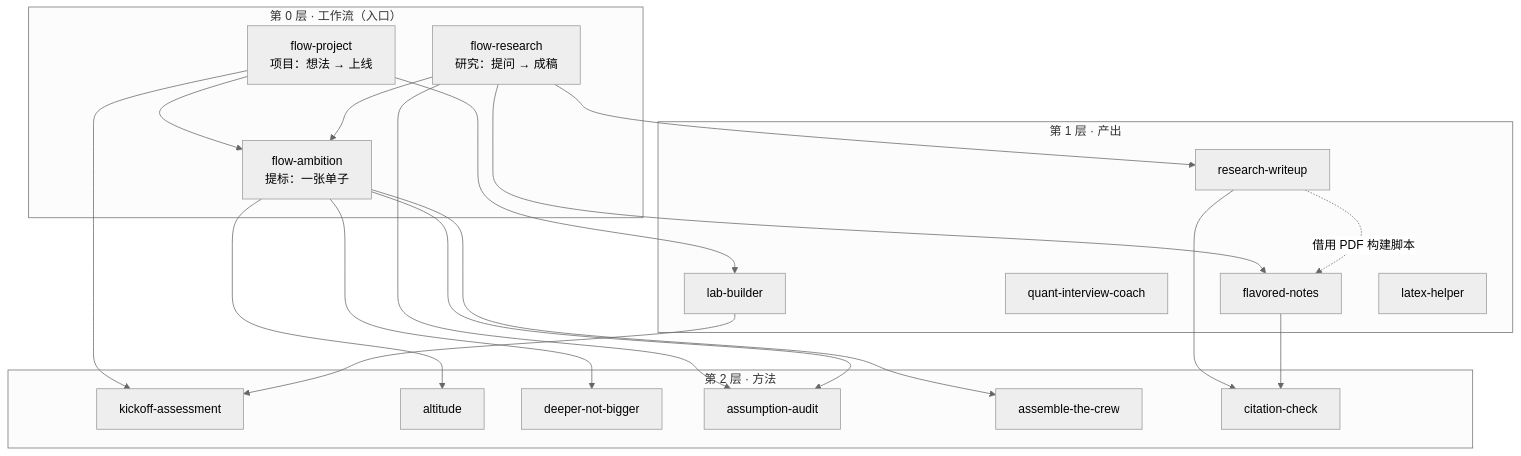
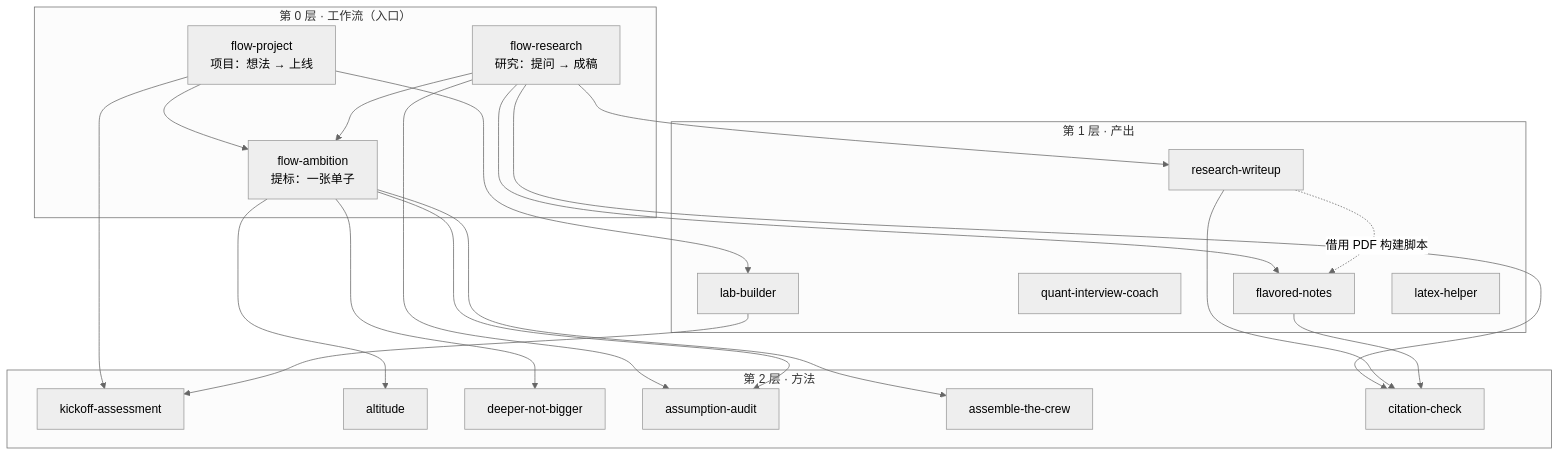
The diagram in _skills/README.md (ZechenBian/ZechenBian.github.io), drawn with Mermaid (neutral theme) before and after one commit. The commit also changed other lines of this file and 8 other files, not shown here.

````diff
--- a/_skills/README.md
+++ b/_skills/README.md
@@ -15,40 +15,41 @@
 ```mermaid
 flowchart TB
   subgraph L0["第 0 层 · 工作流（入口）"]
     FP["flow-project<br/>项目：想法 → 上线"]
     FR["flow-research<br/>研究：提问 → 成稿"]
     FA["flow-ambition<br/>提标：一张单子"]
   end
   subgraph L1["第 1 层 · 产出"]
     LB[lab-builder]
     RW[research-writeup]
     FN[flavored-notes]
     LH[latex-helper]
     QC[quant-interview-coach]
   end
   subgraph L2["第 2 层 · 方法"]
     KA[kickoff-assessment]
     AL[altitude]
     DN[deeper-not-bigger]
     AA[assumption-audit]
     AC[assemble-the-crew]
     CC[citation-check]
   end
   FP --> LB
   FR --> RW
   FR --> FN
   FP --> FA
   FR --> FA
   FP --> KA
   FR --> AA
+  FR --> CC
   FA --> AL
   FA --> DN
   FA --> AA
   FA --> AC
   LB --> KA
   RW --> CC
   FN --> CC
   RW -. 借用 PDF 构建脚本 .-> FN
   QC ~~~ AC
   LH ~~~ CC
 ```
````
